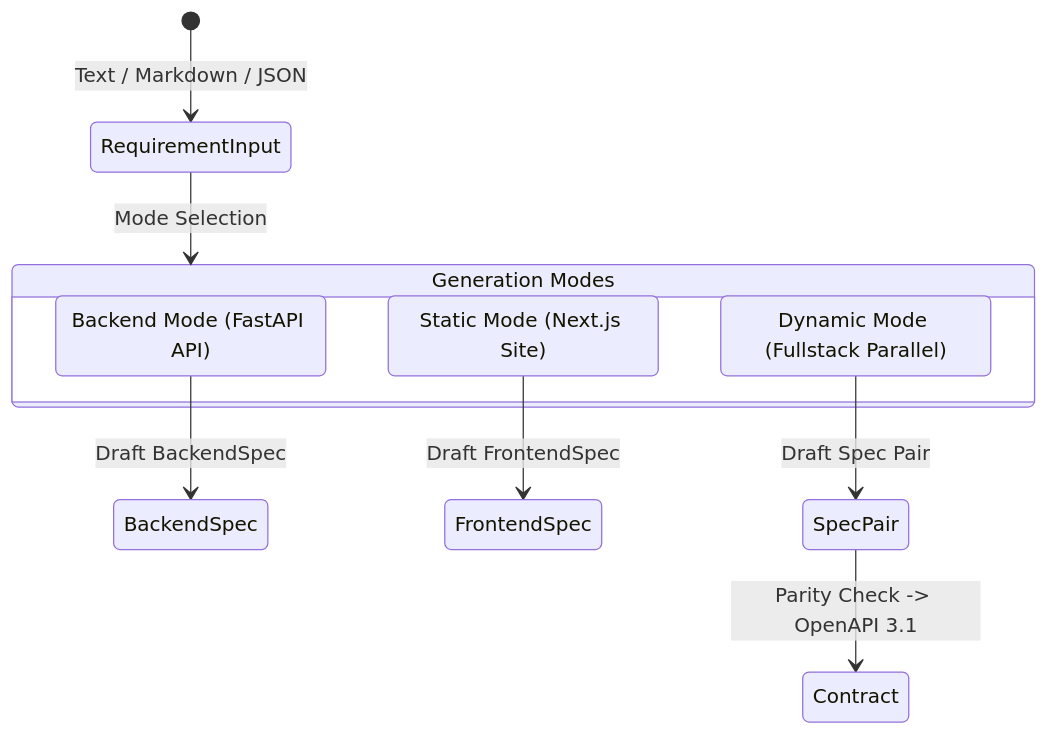
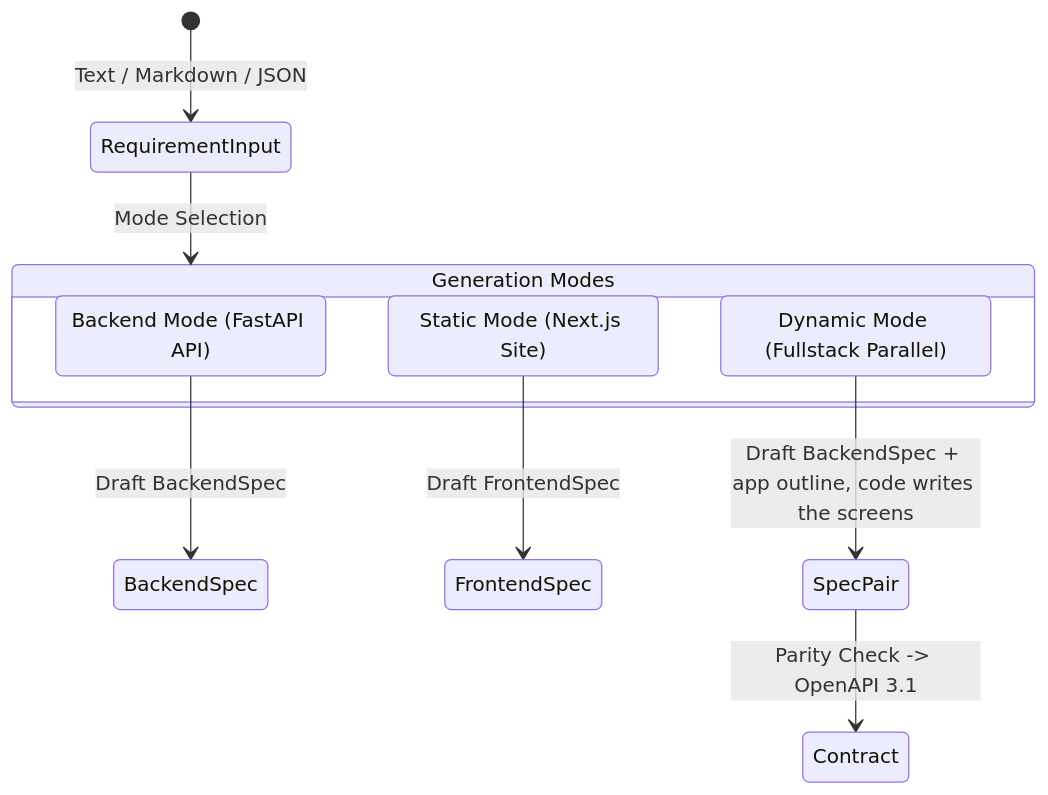
Before and after one commit to longtk26/fullstack-agent: the second of 7 diagrams in docs/technical-architecture.md, drawn with Mermaid. The commit also changed other lines of this file and 129 other files, not shown here.

````diff
--- a/docs/technical-architecture.md
+++ b/docs/technical-architecture.md
@@ -76,18 +76,18 @@
 ```mermaid
 stateDiagram-v2
     direction TB
     [*] --> RequirementInput: Text / Markdown / JSON
     
     state "Generation Modes" as Modes {
         BackendMode: Backend Mode (FastAPI API)
         StaticMode: Static Mode (Next.js Site)
         DynamicMode: Dynamic Mode (Fullstack Parallel)
     }
     
     RequirementInput --> Modes: Mode Selection
     
     BackendMode --> BackendSpec: Draft BackendSpec
     StaticMode --> FrontendSpec: Draft FrontendSpec
-    DynamicMode --> SpecPair: Draft Spec Pair
+    DynamicMode --> SpecPair: Draft BackendSpec + app outline, code writes the screens
     SpecPair --> Contract: Parity Check -> OpenAPI 3.1
 ```
````
